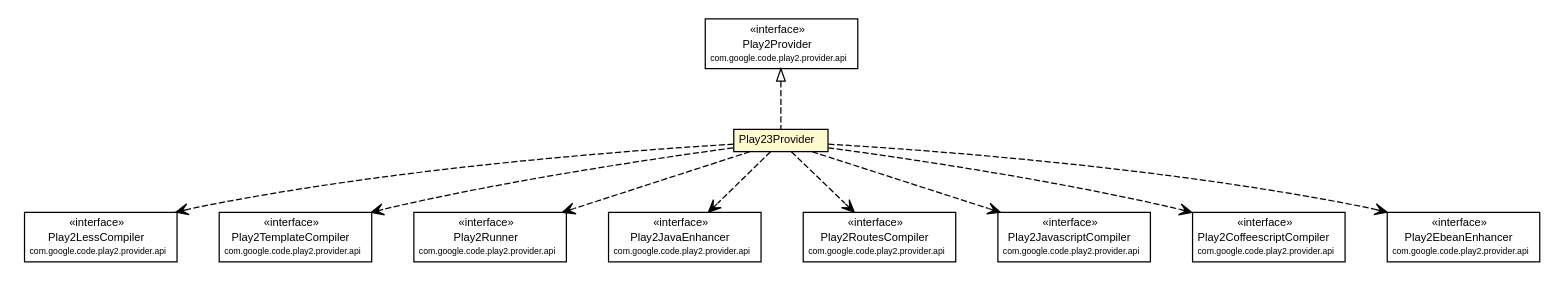
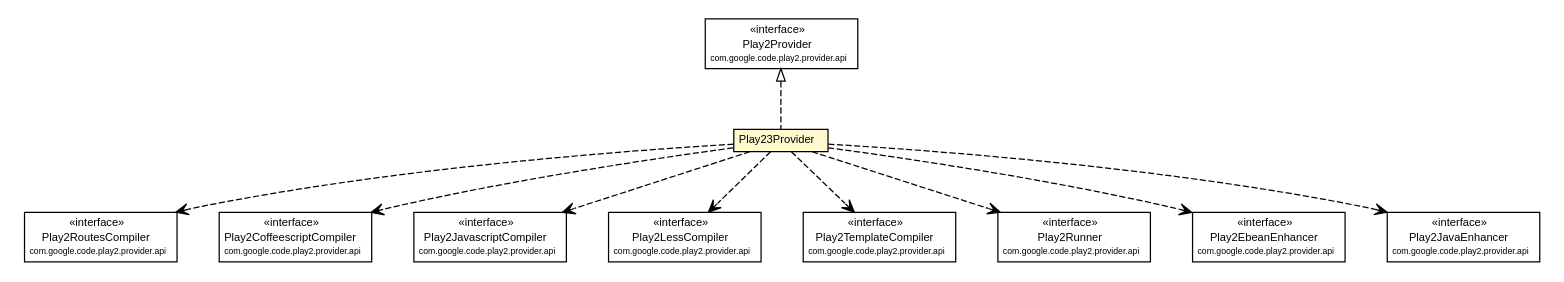
The diagram in play2-maven-plugin/1.0.0-beta4-SNAPSHOT/play2-providers/play2-provider-play23/apidocs/com/google/code/play2/provider/play23/Play23Provider.dot (play2-maven-plugin/play2-maven-plugin.github.io), drawn with Graphviz before and after one commit. The commit also changed 158 other files, not shown here.

```diff
--- a/play2-maven-plugin/1.0.0-beta4-SNAPSHOT/play2-providers/play2-provider-play23/apidocs/com/google/code/play2/provider/play23/Play23Provider.dot
+++ b/play2-maven-plugin/1.0.0-beta4-SNAPSHOT/play2-providers/play2-provider-play23/apidocs/com/google/code/play2/provider/play23/Play23Provider.dot
@@ -1,108 +1,108 @@
 #!/usr/local/bin/dot
 #
 # Class diagram 
 # Generated by UMLGraph version R5_6-24-gf6e263 (http://www.umlgraph.org/)
 #
 
 digraph G {
 	edge [fontname="arial",fontsize=10,labelfontname="arial",labelfontsize=10];
 	node [fontname="arial",fontsize=10,shape=plaintext];
 	nodesep=0.25;
 	ranksep=0.5;
 	// com.google.code.play2.provider.play23.Play23Provider
 	c189 [label=<<table title="com.google.code.play2.provider.play23.Play23Provider" border="0" cellborder="1" cellspacing="0" cellpadding="2" port="p" bgcolor="lemonChiffon" href="./Play23Provider.html">
 		<tr><td><table border="0" cellspacing="0" cellpadding="1">
 <tr><td align="center" balign="center"> Play23Provider </td></tr>
 		</table></td></tr>
 		</table>>, URL="./Play23Provider.html", fontname="arial", fontcolor="black", fontsize=9.0];
 	//com.google.code.play2.provider.play23.Play23Provider implements com.google.code.play2.provider.api.Play2Provider
 	c198:p -> c189:p [dir=back,arrowtail=empty,style=dashed];
+	// com.google.code.play2.provider.play23.Play23Provider DEPEND com.google.code.play2.provider.api.Play2RoutesCompiler
+	c189:p -> c199:p [taillabel="", label="", headlabel="", fontname="arial", fontcolor="black", fontsize=10.0, color="black", arrowhead=open, style=dashed];
+	// com.google.code.play2.provider.play23.Play23Provider DEPEND com.google.code.play2.provider.api.Play2CoffeescriptCompiler
+	c189:p -> c200:p [taillabel="", label="", headlabel="", fontname="arial", fontcolor="black", fontsize=10.0, color="black", arrowhead=open, style=dashed];
+	// com.google.code.play2.provider.play23.Play23Provider DEPEND com.google.code.play2.provider.api.Play2JavascriptCompiler
+	c189:p -> c201:p [taillabel="", label="", headlabel="", fontname="arial", fontcolor="black", fontsize=10.0, color="black", arrowhead=open, style=dashed];
 	// com.google.code.play2.provider.play23.Play23Provider DEPEND com.google.code.play2.provider.api.Play2LessCompiler
-	c189:p -> c199:p [taillabel="", label="", headlabel="", fontname="arial", fontcolor="black", fontsize=10.0, color="black", arrowhead=open, style=dashed];
+	c189:p -> c202:p [taillabel="", label="", headlabel="", fontname="arial", fontcolor="black", fontsize=10.0, color="black", arrowhead=open, style=dashed];
 	// com.google.code.play2.provider.play23.Play23Provider DEPEND com.google.code.play2.provider.api.Play2TemplateCompiler
-	c189:p -> c200:p [taillabel="", label="", headlabel="", fontname="arial", fontcolor="black", fontsize=10.0, color="black", arrowhead=open, style=dashed];
+	c189:p -> c203:p [taillabel="", label="", headlabel="", fontname="arial", fontcolor="black", fontsize=10.0, color="black", arrowhead=open, style=dashed];
 	// com.google.code.play2.provider.play23.Play23Provider DEPEND com.google.code.play2.provider.api.Play2Runner
-	c189:p -> c201:p [taillabel="", label="", headlabel="", fontname="arial", fontcolor="black", fontsize=10.0, color="black", arrowhead=open, style=dashed];
+	c189:p -> c204:p [taillabel="", label="", headlabel="", fontname="arial", fontcolor="black", fontsize=10.0, color="black", arrowhead=open, style=dashed];
+	// com.google.code.play2.provider.play23.Play23Provider DEPEND com.google.code.play2.provider.api.Play2EbeanEnhancer
+	c189:p -> c205:p [taillabel="", label="", headlabel="", fontname="arial", fontcolor="black", fontsize=10.0, color="black", arrowhead=open, style=dashed];
 	// com.google.code.play2.provider.play23.Play23Provider DEPEND com.google.code.play2.provider.api.Play2JavaEnhancer
-	c189:p -> c202:p [taillabel="", label="", headlabel="", fontname="arial", fontcolor="black", fontsize=10.0, color="black", arrowhead=open, style=dashed];
-	// com.google.code.play2.provider.play23.Play23Provider DEPEND com.google.code.play2.provider.api.Play2RoutesCompiler
-	c189:p -> c203:p [taillabel="", label="", headlabel="", fontname="arial", fontcolor="black", fontsize=10.0, color="black", arrowhead=open, style=dashed];
-	// com.google.code.play2.provider.play23.Play23Provider DEPEND com.google.code.play2.provider.api.Play2JavascriptCompiler
-	c189:p -> c204:p [taillabel="", label="", headlabel="", fontname="arial", fontcolor="black", fontsize=10.0, color="black", arrowhead=open, style=dashed];
-	// com.google.code.play2.provider.play23.Play23Provider DEPEND com.google.code.play2.provider.api.Play2CoffeescriptCompiler
-	c189:p -> c205:p [taillabel="", label="", headlabel="", fontname="arial", fontcolor="black", fontsize=10.0, color="black", arrowhead=open, style=dashed];
-	// com.google.code.play2.provider.play23.Play23Provider DEPEND com.google.code.play2.provider.api.Play2EbeanEnhancer
 	c189:p -> c206:p [taillabel="", label="", headlabel="", fontname="arial", fontcolor="black", fontsize=10.0, color="black", arrowhead=open, style=dashed];
 	// com.google.code.play2.provider.api.Play2Provider
 	c198 [label=<<table title="com.google.code.play2.provider.api.Play2Provider" border="0" cellborder="1" cellspacing="0" cellpadding="2" port="p">
 		<tr><td><table border="0" cellspacing="0" cellpadding="1">
 <tr><td align="center" balign="center"> &#171;interface&#187; </td></tr>
 <tr><td align="center" balign="center"> Play2Provider </td></tr>
 <tr><td align="center" balign="center"><font point-size="7.0"> com.google.code.play2.provider.api </font></td></tr>
 		</table></td></tr>
 		</table>>, URL="null", fontname="arial", fontcolor="black", fontsize=9.0];
 	// com.google.code.play2.provider.api.Play2RoutesCompiler
-	c203 [label=<<table title="com.google.code.play2.provider.api.Play2RoutesCompiler" border="0" cellborder="1" cellspacing="0" cellpadding="2" port="p">
+	c199 [label=<<table title="com.google.code.play2.provider.api.Play2RoutesCompiler" border="0" cellborder="1" cellspacing="0" cellpadding="2" port="p">
 		<tr><td><table border="0" cellspacing="0" cellpadding="1">
 <tr><td align="center" balign="center"> &#171;interface&#187; </td></tr>
 <tr><td align="center" balign="center"> Play2RoutesCompiler </td></tr>
 <tr><td align="center" balign="center"><font point-size="7.0"> com.google.code.play2.provider.api </font></td></tr>
 		</table></td></tr>
 		</table>>, URL="null", fontname="arial", fontcolor="black", fontsize=9.0];
 	// com.google.code.play2.provider.api.Play2LessCompiler
-	c199 [label=<<table title="com.google.code.play2.provider.api.Play2LessCompiler" border="0" cellborder="1" cellspacing="0" cellpadding="2" port="p">
+	c202 [label=<<table title="com.google.code.play2.provider.api.Play2LessCompiler" border="0" cellborder="1" cellspacing="0" cellpadding="2" port="p">
 		<tr><td><table border="0" cellspacing="0" cellpadding="1">
 <tr><td align="center" balign="center"> &#171;interface&#187; </td></tr>
 <tr><td align="center" balign="center"> Play2LessCompiler </td></tr>
 <tr><td align="center" balign="center"><font point-size="7.0"> com.google.code.play2.provider.api </font></td></tr>
 		</table></td></tr>
 		</table>>, URL="null", fontname="arial", fontcolor="black", fontsize=9.0];
 	// com.google.code.play2.provider.api.Play2TemplateCompiler
-	c200 [label=<<table title="com.google.code.play2.provider.api.Play2TemplateCompiler" border="0" cellborder="1" cellspacing="0" cellpadding="2" port="p">
+	c203 [label=<<table title="com.google.code.play2.provider.api.Play2TemplateCompiler" border="0" cellborder="1" cellspacing="0" cellpadding="2" port="p">
 		<tr><td><table border="0" cellspacing="0" cellpadding="1">
 <tr><td align="center" balign="center"> &#171;interface&#187; </td></tr>
 <tr><td align="center" balign="center"> Play2TemplateCompiler </td></tr>
 <tr><td align="center" balign="center"><font point-size="7.0"> com.google.code.play2.provider.api </font></td></tr>
 		</table></td></tr>
 		</table>>, URL="null", fontname="arial", fontcolor="black", fontsize=9.0];
 	// com.google.code.play2.provider.api.Play2CoffeescriptCompiler
-	c205 [label=<<table title="com.google.code.play2.provider.api.Play2CoffeescriptCompiler" border="0" cellborder="1" cellspacing="0" cellpadding="2" port="p">
+	c200 [label=<<table title="com.google.code.play2.provider.api.Play2CoffeescriptCompiler" border="0" cellborder="1" cellspacing="0" cellpadding="2" port="p">
 		<tr><td><table border="0" cellspacing="0" cellpadding="1">
 <tr><td align="center" balign="center"> &#171;interface&#187; </td></tr>
 <tr><td align="center" balign="center"> Play2CoffeescriptCompiler </td></tr>
 <tr><td align="center" balign="center"><font point-size="7.0"> com.google.code.play2.provider.api </font></td></tr>
 		</table></td></tr>
 		</table>>, URL="null", fontname="arial", fontcolor="black", fontsize=9.0];
 	// com.google.code.play2.provider.api.Play2EbeanEnhancer
-	c206 [label=<<table title="com.google.code.play2.provider.api.Play2EbeanEnhancer" border="0" cellborder="1" cellspacing="0" cellpadding="2" port="p">
+	c205 [label=<<table title="com.google.code.play2.provider.api.Play2EbeanEnhancer" border="0" cellborder="1" cellspacing="0" cellpadding="2" port="p">
 		<tr><td><table border="0" cellspacing="0" cellpadding="1">
 <tr><td align="center" balign="center"> &#171;interface&#187; </td></tr>
 <tr><td align="center" balign="center"> Play2EbeanEnhancer </td></tr>
 <tr><td align="center" balign="center"><font point-size="7.0"> com.google.code.play2.provider.api </font></td></tr>
 		</table></td></tr>
 		</table>>, URL="null", fontname="arial", fontcolor="black", fontsize=9.0];
 	// com.google.code.play2.provider.api.Play2JavascriptCompiler
-	c204 [label=<<table title="com.google.code.play2.provider.api.Play2JavascriptCompiler" border="0" cellborder="1" cellspacing="0" cellpadding="2" port="p">
+	c201 [label=<<table title="com.google.code.play2.provider.api.Play2JavascriptCompiler" border="0" cellborder="1" cellspacing="0" cellpadding="2" port="p">
 		<tr><td><table border="0" cellspacing="0" cellpadding="1">
 <tr><td align="center" balign="center"> &#171;interface&#187; </td></tr>
 <tr><td align="center" balign="center"> Play2JavascriptCompiler </td></tr>
 <tr><td align="center" balign="center"><font point-size="7.0"> com.google.code.play2.provider.api </font></td></tr>
 		</table></td></tr>
 		</table>>, URL="null", fontname="arial", fontcolor="black", fontsize=9.0];
 	// com.google.code.play2.provider.api.Play2JavaEnhancer
-	c202 [label=<<table title="com.google.code.play2.provider.api.Play2JavaEnhancer" border="0" cellborder="1" cellspacing="0" cellpadding="2" port="p">
+	c206 [label=<<table title="com.google.code.play2.provider.api.Play2JavaEnhancer" border="0" cellborder="1" cellspacing="0" cellpadding="2" port="p">
 		<tr><td><table border="0" cellspacing="0" cellpadding="1">
 <tr><td align="center" balign="center"> &#171;interface&#187; </td></tr>
 <tr><td align="center" balign="center"> Play2JavaEnhancer </td></tr>
 <tr><td align="center" balign="center"><font point-size="7.0"> com.google.code.play2.provider.api </font></td></tr>
 		</table></td></tr>
 		</table>>, URL="null", fontname="arial", fontcolor="black", fontsize=9.0];
 	// com.google.code.play2.provider.api.Play2Runner
-	c201 [label=<<table title="com.google.code.play2.provider.api.Play2Runner" border="0" cellborder="1" cellspacing="0" cellpadding="2" port="p">
+	c204 [label=<<table title="com.google.code.play2.provider.api.Play2Runner" border="0" cellborder="1" cellspacing="0" cellpadding="2" port="p">
 		<tr><td><table border="0" cellspacing="0" cellpadding="1">
 <tr><td align="center" balign="center"> &#171;interface&#187; </td></tr>
 <tr><td align="center" balign="center"> Play2Runner </td></tr>
 <tr><td align="center" balign="center"><font point-size="7.0"> com.google.code.play2.provider.api </font></td></tr>
 		</table></td></tr>
 		</table>>, URL="null", fontname="arial", fontcolor="black", fontsize=9.0];
 }
```
